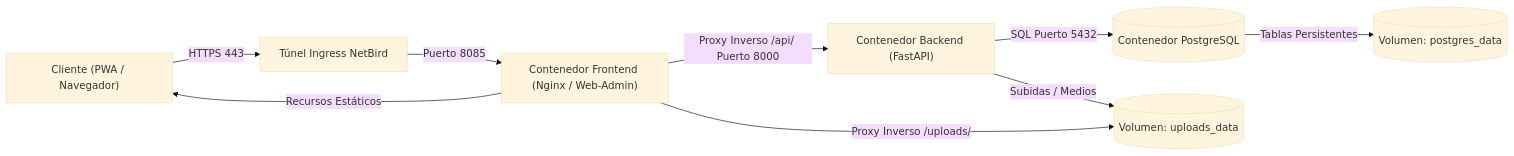
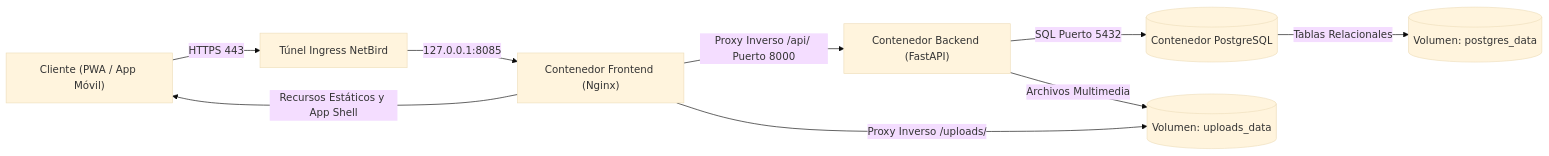
Before and after one commit to Pascal-Thommen/pascal-thommen.github.io: the diagram in content/posts/upa-campus-app-architecture/index.es.md, drawn with Mermaid (base theme). The commit also changed other lines of this file and 20 other files, not shown here.

Commit message:
feat(posts): refine UPA Campus App architecture series with holistic webapp mental model and specification depth

````diff
--- a/content/posts/upa-campus-app-architecture/index.es.md
+++ b/content/posts/upa-campus-app-architecture/index.es.md
@@ -36,11 +36,11 @@
 ```mermaid
 flowchart LR
-    Client["Cliente (PWA / Navegador)"] -->|HTTPS 443| NetBird["Túnel Ingress NetBird"]
-    NetBird -->|Puerto 8085| Nginx["Contenedor Frontend (Nginx / Web-Admin)"]
-    Nginx -->|Recursos Estáticos| Client
+    Client["Cliente (PWA / App Móvil)"] -->|HTTPS 443| NetBird["Túnel Ingress NetBird"]
+    NetBird -->|127.0.0.1:8085| Nginx["Contenedor Frontend (Nginx)"]
+    Nginx -->|Recursos Estáticos y App Shell| Client
     Nginx -->|Proxy Inverso /api/ Puerto 8000| Backend["Contenedor Backend (FastAPI)"]
     Backend -->|SQL Puerto 5432| DB[("Contenedor PostgreSQL")]
-    DB -->|Tablas Persistentes| VolDB[("Volumen: postgres_data")]
-    Backend -->|Subidas / Medios| VolMedia[("Volumen: uploads_data")]
+    DB -->|Tablas Relacionales| VolDB[("Volumen: postgres_data")]
+    Backend -->|Archivos Multimedia| VolMedia[("Volumen: uploads_data")]
     Nginx -->|Proxy Inverso /uploads/| VolMedia
 ```
````
